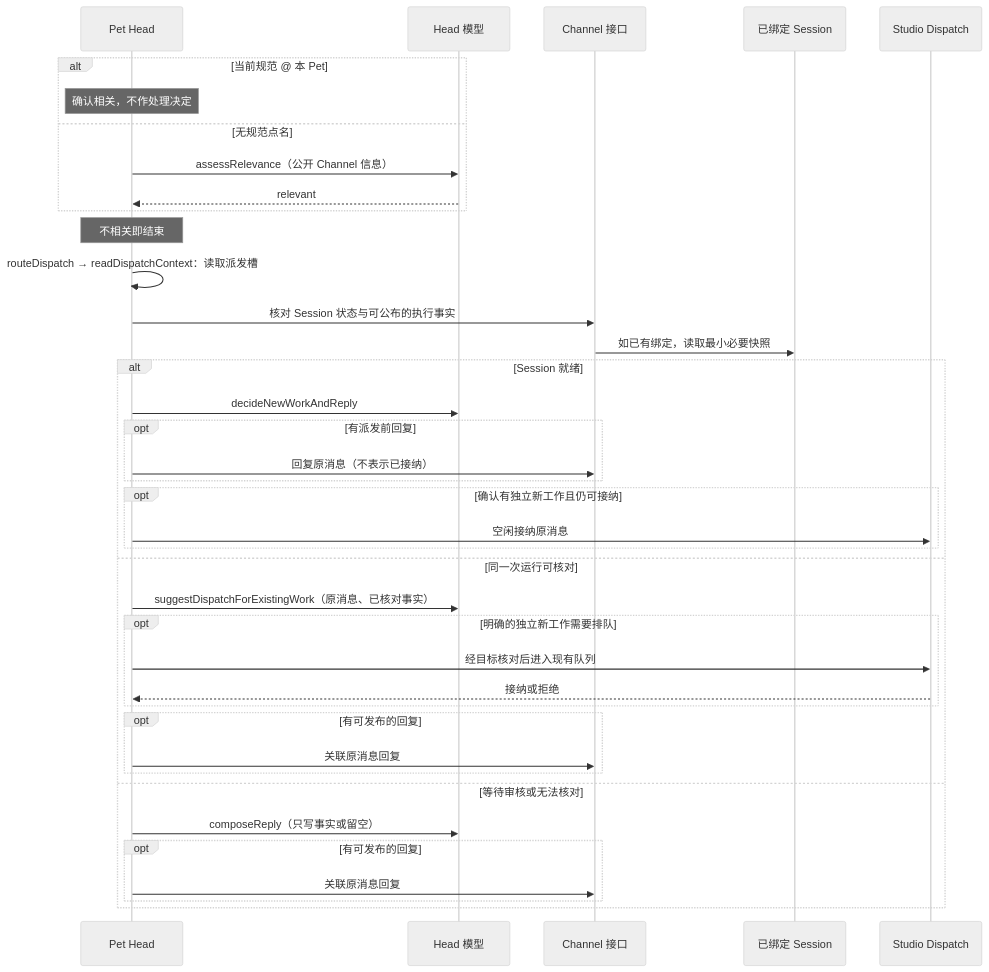
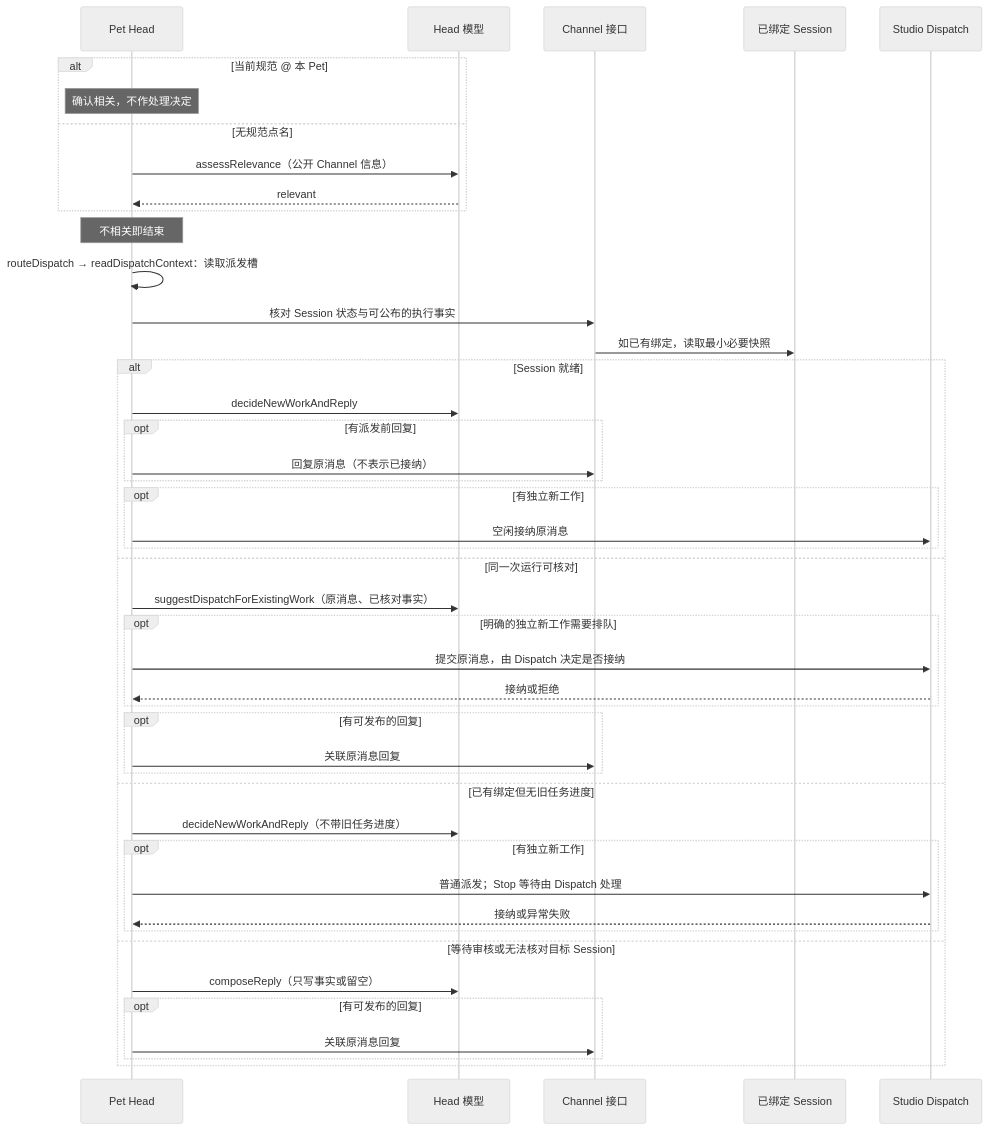
One commit to pinpawo/pinpawo-agent changed the second of 3 diagrams in docs/design/studio/pet-head-mechanism.md. Above: the diagram before and after it, drawn with Mermaid (neutral theme). The commit also changed other lines of this file and 9 other files, not shown here.

Commit message:
fix(studio): leave dispatch admission and stop waits to Host

````diff
--- a/docs/design/studio/pet-head-mechanism.md
+++ b/docs/design/studio/pet-head-mechanism.md
@@ -58,41 +59,47 @@
 ```mermaid
 sequenceDiagram
     participant H as Pet Head
     participant M as Head 模型
     participant C as Channel 接口
     participant S as 已绑定 Session
     participant D as Studio Dispatch
     alt 当前规范 @ 本 Pet
         Note over H: 确认相关，不作处理决定
     else 无规范点名
         H->>M: assessRelevance（公开 Channel 信息）
         M-->>H: relevant
     end
     Note over H: 不相关即结束
     H->>H: routeDispatch → readDispatchContext：读取派发槽
     H->>C: 核对 Session 状态与可公布的执行事实
     C->>S: 如已有绑定，读取最小必要快照
     alt Session 就绪
         H->>M: decideNewWorkAndReply
         opt 有派发前回复
             H->>C: 回复原消息（不表示已接纳）
         end
-        opt 确认有独立新工作且仍可接纳
+        opt 有独立新工作
             H->>D: 空闲接纳原消息
         end
     else 同一次运行可核对
         H->>M: suggestDispatchForExistingWork（原消息、已核对事实）
         opt 明确的独立新工作需要排队
-            H->>D: 经目标核对后进入现有队列
+            H->>D: 提交原消息，由 Dispatch 决定是否接纳
             D-->>H: 接纳或拒绝
         end
         opt 有可发布的回复
             H->>C: 关联原消息回复
         end
-    else 等待审核或无法核对
+    else 已有绑定但无旧任务进度
+        H->>M: decideNewWorkAndReply（不带旧任务进度）
+        opt 有独立新工作
+            H->>D: 普通派发；Stop 等待由 Dispatch 处理
+            D-->>H: 接纳或异常失败
+        end
+    else 等待审核或无法核对目标 Session
         H->>M: composeReply（只写事实或留空）
         opt 有可发布的回复
             H->>C: 关联原消息回复
         end
     end
 ```
````
